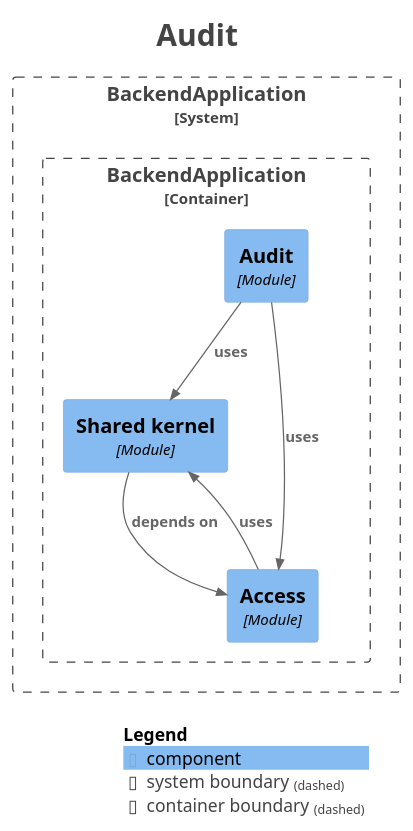
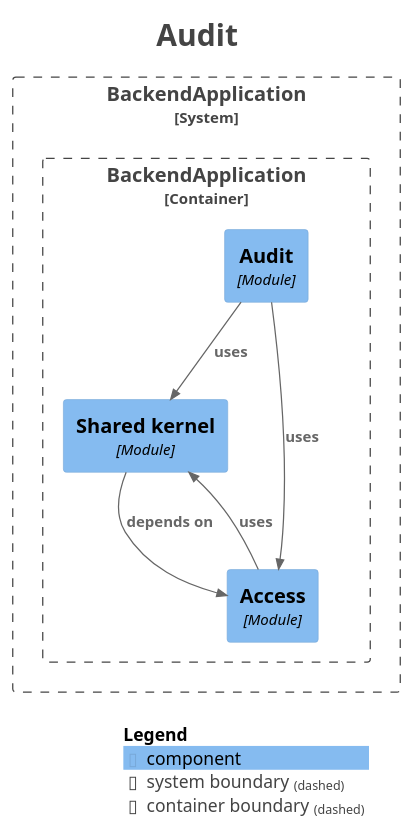
Before and after one commit to fxavier/restaurantePRO: the diagram in docs/architecture/modules/module-audit.puml, drawn with PlantUML. The commit also changed other lines of this file and 34 other files, not shown here.

```diff
--- a/docs/architecture/modules/module-audit.puml
+++ b/docs/architecture/modules/module-audit.puml
@@ -1,34 +1,34 @@
 @startuml
 title <size:24>Audit</size>
 
 set separator none
 top to bottom direction
 
 <style>
   root {
     BackgroundColor: #ffffff
     FontColor: #444444
   }
 </style>
 
 !include <C4/C4>
 !include <C4/C4_Context>
 !include <C4/C4_Component>
 
 System_Boundary("BackendApplication_boundary", "BackendApplication", $tags="") {
   Container_Boundary("BackendApplication.BackendApplication_boundary", "BackendApplication", $tags="") {
     Component(BackendApplication.BackendApplication.Sharedkernel, "Shared kernel", $techn="Module", $descr="", $tags="", $link="")
     Component(BackendApplication.BackendApplication.Access, "Access", $techn="Module", $descr="", $tags="", $link="")
     Component(BackendApplication.BackendApplication.Audit, "Audit", $techn="Module", $descr="", $tags="", $link="")
   }
 
 }
 
-Rel(BackendApplication.BackendApplication.Sharedkernel, BackendApplication.BackendApplication.Access, "depends on", $techn="", $tags="", $link="")
-Rel(BackendApplication.BackendApplication.Access, BackendApplication.BackendApplication.Sharedkernel, "uses", $techn="", $tags="", $link="")
 Rel(BackendApplication.BackendApplication.Audit, BackendApplication.BackendApplication.Access, "uses", $techn="", $tags="", $link="")
 Rel(BackendApplication.BackendApplication.Audit, BackendApplication.BackendApplication.Sharedkernel, "uses", $techn="", $tags="", $link="")
+Rel(BackendApplication.BackendApplication.Access, BackendApplication.BackendApplication.Sharedkernel, "uses", $techn="", $tags="", $link="")
+Rel(BackendApplication.BackendApplication.Sharedkernel, BackendApplication.BackendApplication.Access, "depends on", $techn="", $tags="", $link="")
 
 SHOW_LEGEND(true)
 hide stereotypes
 @enduml
```
